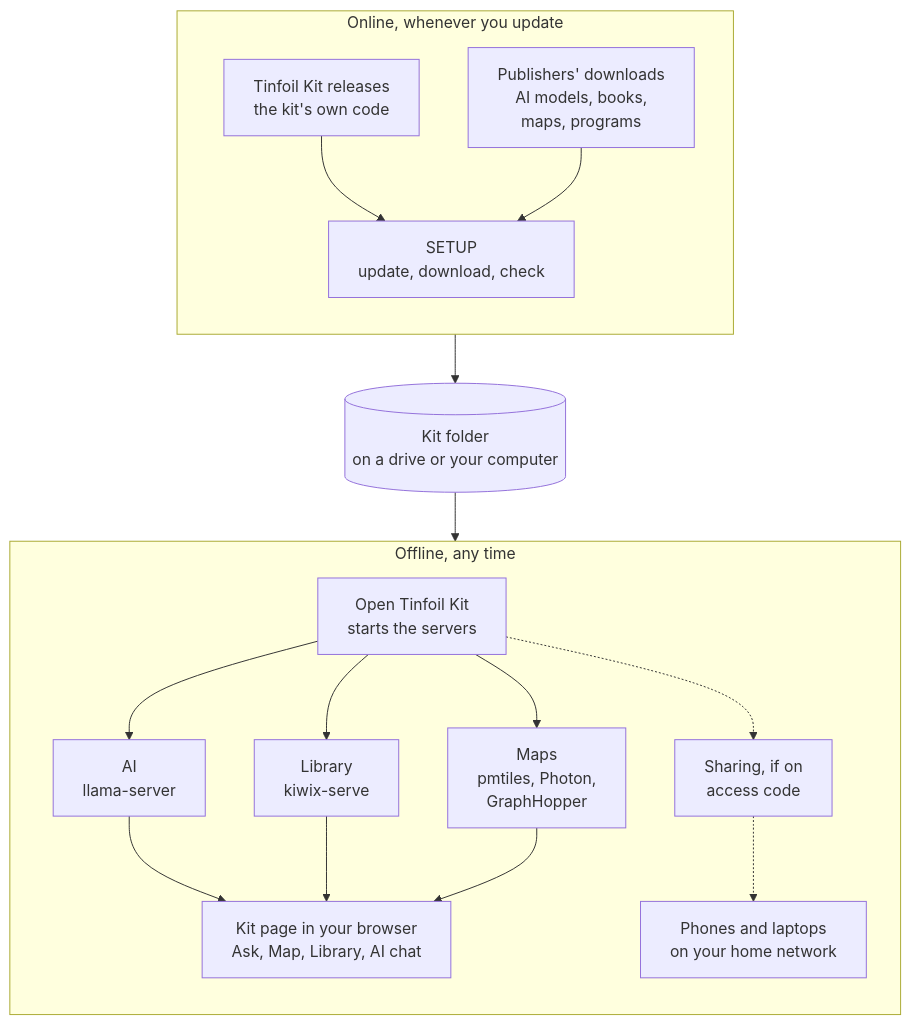
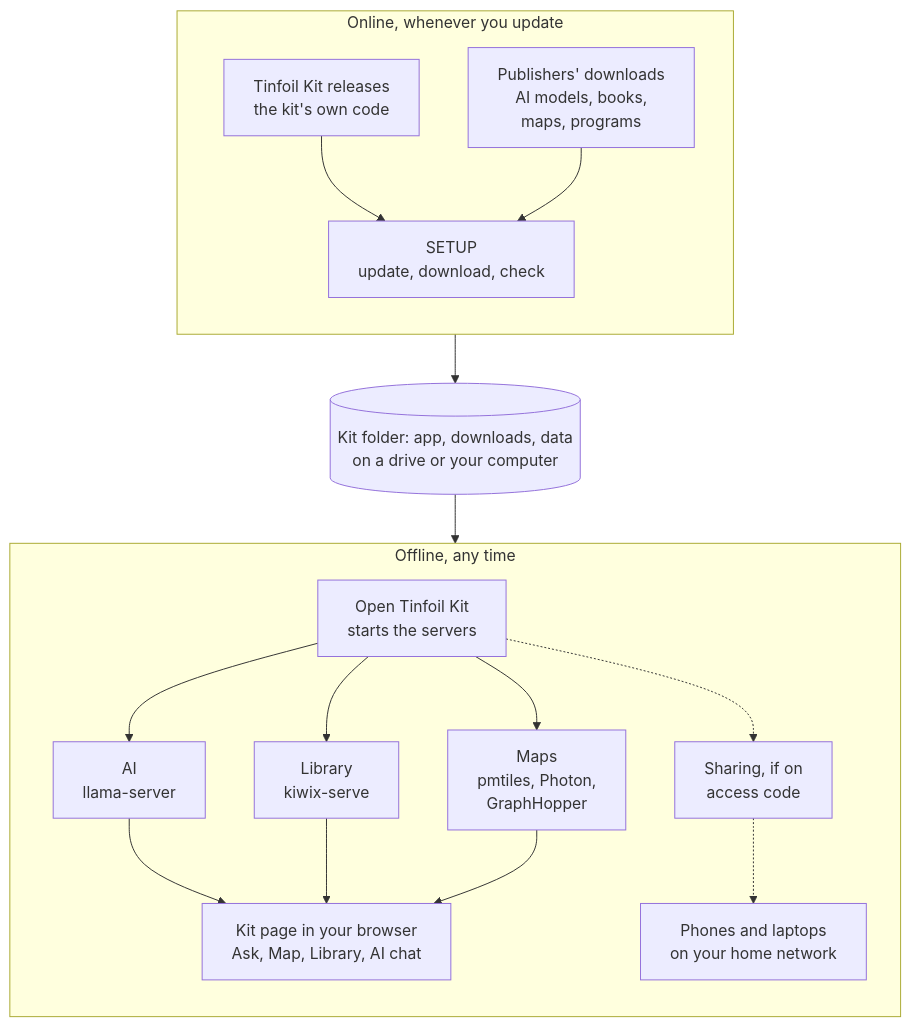
One commit to tudor-city-ventures/tinfoil-kit changed the diagram in README.md. Above: the diagram before and after it, drawn with Mermaid. The commit also changed other lines of this file and 22 other files, not shown here.

First line of the commit message:
Kit folder in three: app (the code), downloads, data (the person's)

````diff
--- a/README.md
+++ b/README.md
@@ -19,25 +19,25 @@
 ```mermaid
 %%{init: {"flowchart": {"wrappingWidth": 300}}}%%
 flowchart TB
   subgraph online["Online, whenever you update"]
     direction TB
     releases["Tinfoil Kit releases<br/>the kit's own code"] --> setup
     publishers["Publishers' downloads<br/>AI models, books,<br/>maps, programs"] --> setup
     setup["SETUP<br/>update, download, check"]
   end
-  folder[("Kit folder<br/>on a drive or your computer")]
+  folder[("Kit folder: app, downloads, data<br/>on a drive or your computer")]
   subgraph offline["Offline, any time"]
     direction TB
     start["Open Tinfoil Kit<br/>starts the servers"]
     start --> ai["AI<br/>llama-server"]
     start --> library["Library<br/>kiwix-serve"]
     start --> maps["Maps<br/>pmtiles, Photon,<br/>GraphHopper"]
     ai --> page
     library --> page
     maps --> page
     page["Kit page in your browser<br/>Ask, Map, Library, AI chat"]
     start -.-> gate["Sharing, if on<br/>access code"]
     gate -.-> phones["Phones and laptops<br/>on your home network"]
   end
   online --> folder --> offline
 ```
````
